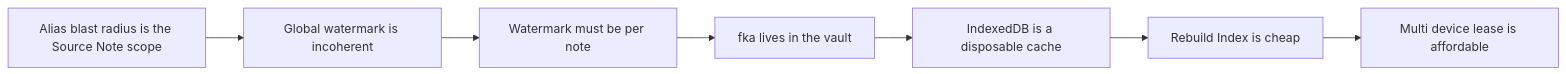
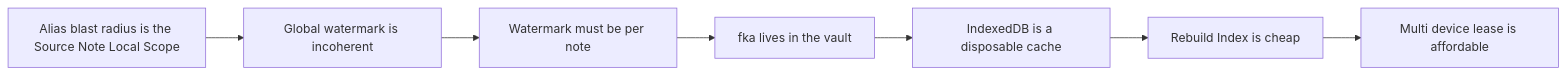
One commit to mlao-pdx/obsidian-plugin changed the first of 5 diagrams in docs/spec/appendix-b-notation-and-cross-cutting.md. Above: the diagram before and after it, drawn with Mermaid. The commit also changed other lines of this file and 15 other files, not shown here.

````diff
--- a/docs/spec/appendix-b-notation-and-cross-cutting.md
+++ b/docs/spec/appendix-b-notation-and-cross-cutting.md
@@ -53,11 +57,11 @@
 ```mermaid
 flowchart LR
-    A1[Alias blast radius is the Source Note scope]
+    A1[Alias blast radius is the Source Note Local Scope]
     A2[Global watermark is incoherent]
     A3[Watermark must be per note]
     A4[fka lives in the vault]
     A5[IndexedDB is a disposable cache]
     A6[Rebuild Index is cheap]
     A7[Multi device lease is affordable]
     A1 --> A2 --> A3 --> A4 --> A5 --> A6 --> A7
 ```
````
